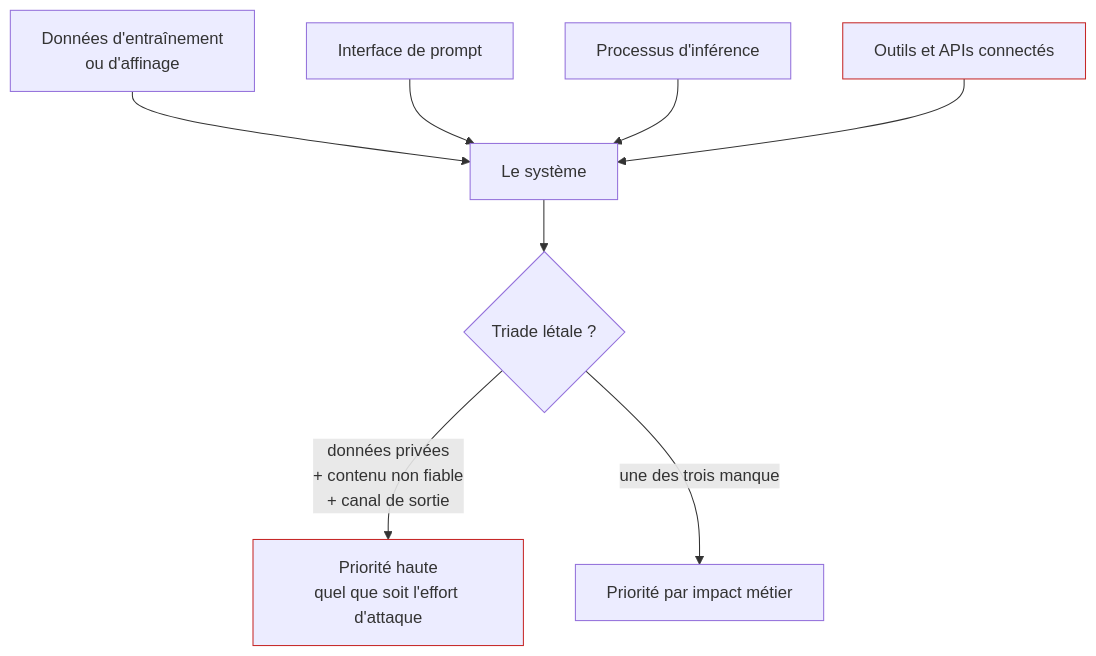
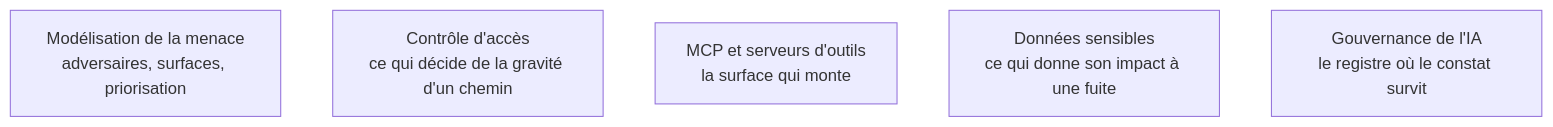
The diagram in content/parcours/ai-red-teaming/modelisation-de-la-menace.md (floSa/Atlas-Metiers-Roadmaps), drawn with Mermaid before and after one commit. The commit also changed other lines of this file, not shown here.

Commit message:
Modelisation de la menace : carte cliquable, surfaces et triade letale passees en texte

````diff
--- a/content/parcours/ai-red-teaming/modelisation-de-la-menace.md
+++ b/content/parcours/ai-red-teaming/modelisation-de-la-menace.md
@@ -13,13 +11,14 @@
 ```mermaid
 flowchart TD
-  S1["Données d'entraînement<br/>ou d'affinage"] --> SYS["Le système"]
-  S2["Interface de prompt"] --> SYS
-  S3["Processus d'inférence"] --> SYS
-  S4["Outils et APIs connectés"] --> SYS
-  SYS --> L{"Triade létale ?"}
-  L -->|"données privées<br/>+ contenu non fiable<br/>+ canal de sortie"| H["Priorité haute<br/>quel que soit l'effort d'attaque"]
-  L -->|"une des trois manque"| N["Priorité par impact métier"]
+  MM["Modélisation de la menace<br/>adversaires, surfaces, priorisation"]
+  CA["Contrôle d'accès<br/>ce qui décide de la gravité d'un chemin"]
+  MC["MCP et serveurs d'outils<br/>la surface qui monte"]
+  DS["Données sensibles<br/>ce qui donne son impact à une fuite"]
+  GI["Gouvernance de l'IA<br/>le registre où le constat survit"]
 
-  classDef chaude stroke:#c62828,stroke-width:1px
-  class S4,H chaude
+  click MM "/notions/modelisation-de-la-menace"
+  click CA "/notions/controle-d-acces"
+  click MC "/notions/mcp"
+  click DS "/notions/donnees-sensibles"
+  click GI "/notions/gouvernance-ia"
 ```
````
